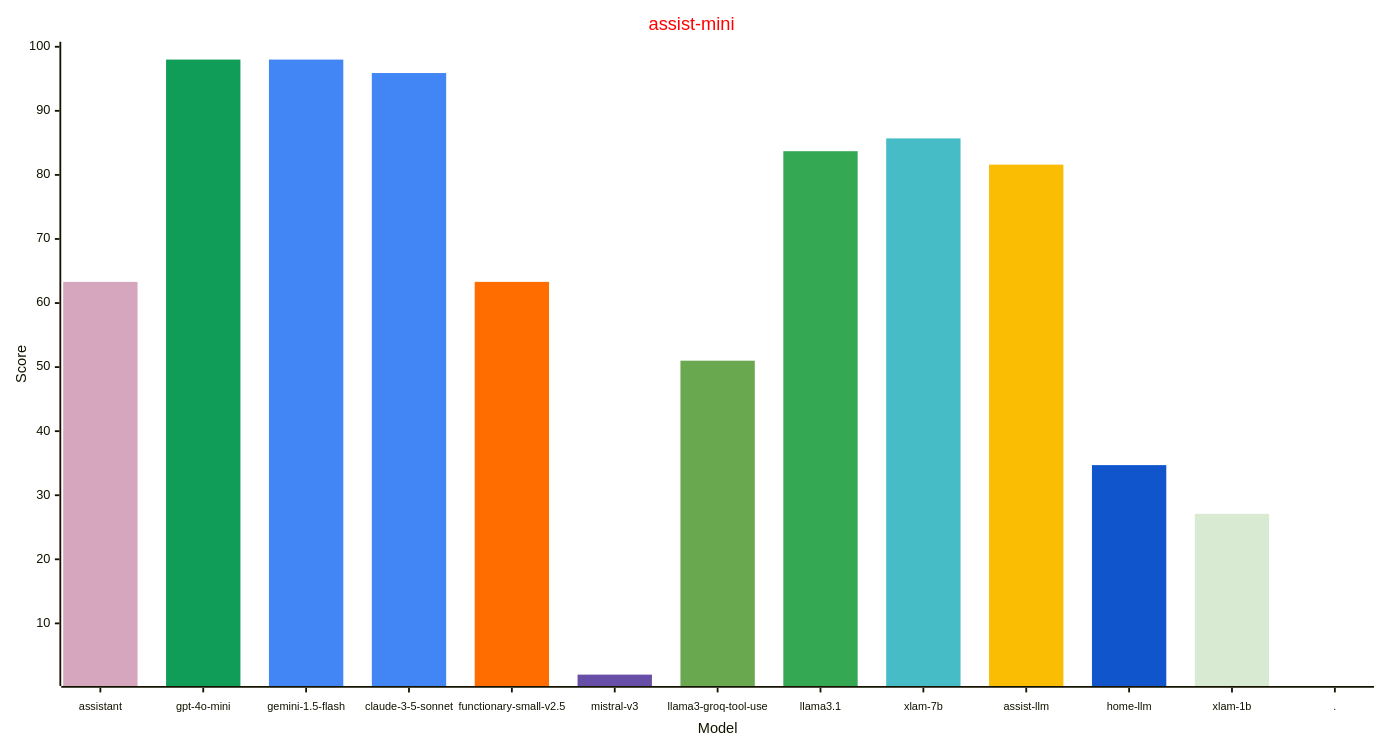
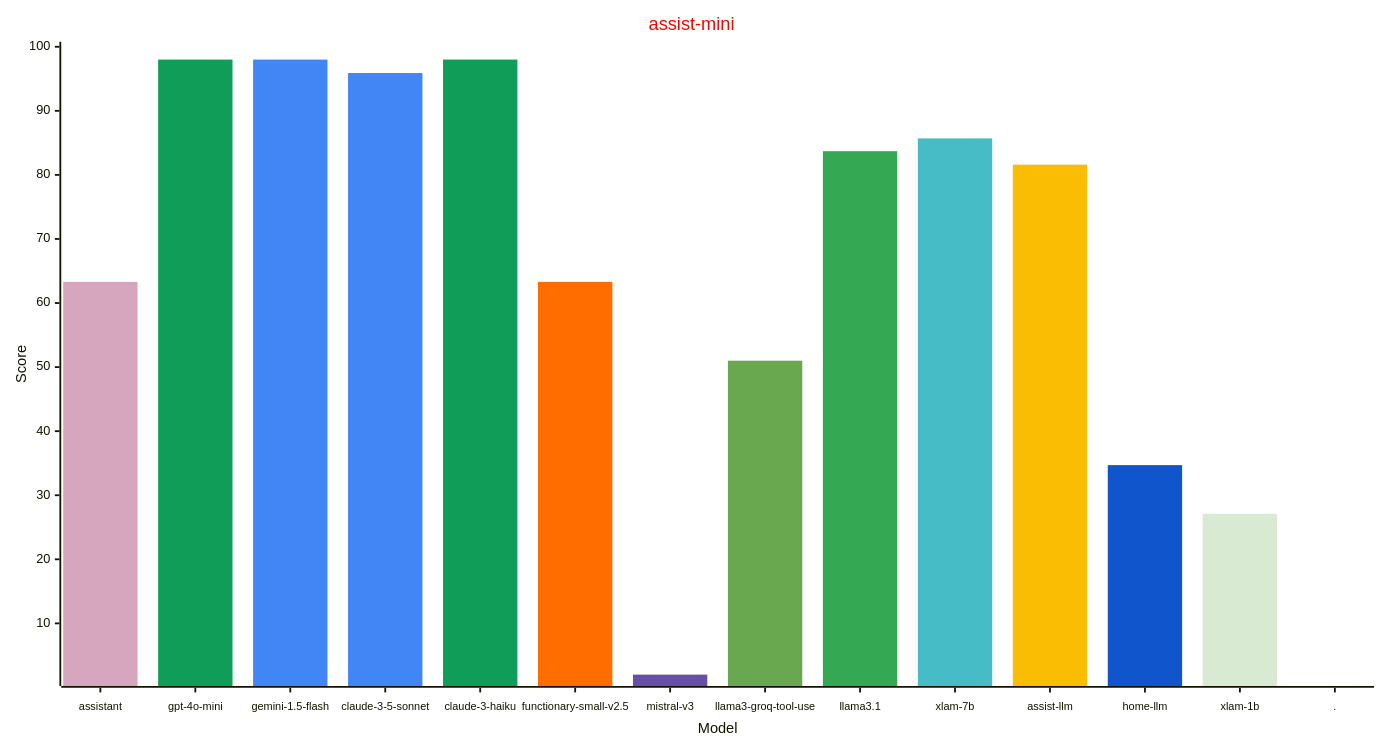
One commit to allenporter/home-assistant-datasets changed the second of 3 diagrams in reports/README.md. Above: the diagram before and after it, drawn with Mermaid. The commit also changed other lines of this file and 51 other files, not shown here.

Commit message:
Evaluate claude-3-haiku on assist mini

````diff
--- a/reports/README.md
+++ b/reports/README.md
@@ -87,33 +88,34 @@
 ```mermaid
 ---
 config:
     xyChart:
         width: 1500
         height: 800
         xAxis:
           labelFontSize: 12
           labelPadding: 8
     themeVariables:
         xyChart:
             titleColor: "#ff0000"
-            plotColorPalette: "#d5a6bd, #0f9d58, #4285f4, #4285f4, #ff6d01, #674ea7, #6aa84f, #34a853, #46bdc6, #fbbc04, #1155cc, #d9ead3, #4285f4"
+            plotColorPalette: "#d5a6bd, #0f9d58, #4285f4, #4285f4, #0f9d58, #ff6d01, #674ea7, #6aa84f, #34a853, #46bdc6, #fbbc04, #1155cc, #d9ead3, #4285f4"
 
 ---
 xychart-beta
   title "assist-mini"
-  x-axis "Model" [assistant, gpt-4o-mini, gemini-1.5-flash, claude-3-5-sonnet, functionary-small-v2.5, mistral-v3, llama3-groq-tool-use, llama3.1, xlam-7b, assist-llm, home-llm, xlam-1b, .]
+  x-axis "Model" [assistant, gpt-4o-mini, gemini-1.5-flash, claude-3-5-sonnet, claude-3-haiku, functionary-small-v2.5, mistral-v3, llama3-groq-tool-use, llama3.1, xlam-7b, assist-llm, home-llm, xlam-1b, .]
   y-axis "Score" 1 --> 100
-  bar [63.3, 0.0, 0.0, 0.0, 0.0, 0.0, 0.0, 0.0, 0.0, 0.0, 0.0, 0.0, 0.0]
-  bar [0.0, 98.0, 0.0, 0.0, 0.0, 0.0, 0.0, 0.0, 0.0, 0.0, 0.0, 0.0, 0.0]
-  bar [0.0, 0.0, 98.0, 0.0, 0.0, 0.0, 0.0, 0.0, 0.0, 0.0, 0.0, 0.0, 0.0]
-  bar [0.0, 0.0, 0.0, 95.9, 0.0, 0.0, 0.0, 0.0, 0.0, 0.0, 0.0, 0.0, 0.0]
-  bar [0.0, 0.0, 0.0, 0.0, 63.3, 0.0, 0.0, 0.0, 0.0, 0.0, 0.0, 0.0, 0.0]
-  bar [0.0, 0.0, 0.0, 0.0, 0.0, 2.0, 0.0, 0.0, 0.0, 0.0, 0.0, 0.0, 0.0]
-  bar [0.0, 0.0, 0.0, 0.0, 0.0, 0.0, 51.0, 0.0, 0.0, 0.0, 0.0, 0.0, 0.0]
-  bar [0.0, 0.0, 0.0, 0.0, 0.0, 0.0, 0.0, 83.7, 0.0, 0.0, 0.0, 0.0, 0.0]
-  bar [0.0, 0.0, 0.0, 0.0, 0.0, 0.0, 0.0, 0.0, 85.7, 0.0, 0.0, 0.0, 0.0]
-  bar [0.0, 0.0, 0.0, 0.0, 0.0, 0.0, 0.0, 0.0, 0.0, 81.6, 0.0, 0.0, 0.0]
-  bar [0.0, 0.0, 0.0, 0.0, 0.0, 0.0, 0.0, 0.0, 0.0, 0.0, 34.7, 0.0, 0.0]
-  bar [0.0, 0.0, 0.0, 0.0, 0.0, 0.0, 0.0, 0.0, 0.0, 0.0, 0.0, 27.1, 0.0]
-  bar [0.0, 0.0, 0.0, 0.0, 0.0, 0.0, 0.0, 0.0, 0.0, 0.0, 0.0, 0.0, -1.0]
+  bar [63.3, 0.0, 0.0, 0.0, 0.0, 0.0, 0.0, 0.0, 0.0, 0.0, 0.0, 0.0, 0.0, 0.0]
+  bar [0.0, 98.0, 0.0, 0.0, 0.0, 0.0, 0.0, 0.0, 0.0, 0.0, 0.0, 0.0, 0.0, 0.0]
+  bar [0.0, 0.0, 98.0, 0.0, 0.0, 0.0, 0.0, 0.0, 0.0, 0.0, 0.0, 0.0, 0.0, 0.0]
+  bar [0.0, 0.0, 0.0, 95.9, 0.0, 0.0, 0.0, 0.0, 0.0, 0.0, 0.0, 0.0, 0.0, 0.0]
+  bar [0.0, 0.0, 0.0, 0.0, 98.0, 0.0, 0.0, 0.0, 0.0, 0.0, 0.0, 0.0, 0.0, 0.0]
+  bar [0.0, 0.0, 0.0, 0.0, 0.0, 63.3, 0.0, 0.0, 0.0, 0.0, 0.0, 0.0, 0.0, 0.0]
+  bar [0.0, 0.0, 0.0, 0.0, 0.0, 0.0, 2.0, 0.0, 0.0, 0.0, 0.0, 0.0, 0.0, 0.0]
+  bar [0.0, 0.0, 0.0, 0.0, 0.0, 0.0, 0.0, 51.0, 0.0, 0.0, 0.0, 0.0, 0.0, 0.0]
+  bar [0.0, 0.0, 0.0, 0.0, 0.0, 0.0, 0.0, 0.0, 83.7, 0.0, 0.0, 0.0, 0.0, 0.0]
+  bar [0.0, 0.0, 0.0, 0.0, 0.0, 0.0, 0.0, 0.0, 0.0, 85.7, 0.0, 0.0, 0.0, 0.0]
+  bar [0.0, 0.0, 0.0, 0.0, 0.0, 0.0, 0.0, 0.0, 0.0, 0.0, 81.6, 0.0, 0.0, 0.0]
+  bar [0.0, 0.0, 0.0, 0.0, 0.0, 0.0, 0.0, 0.0, 0.0, 0.0, 0.0, 34.7, 0.0, 0.0]
+  bar [0.0, 0.0, 0.0, 0.0, 0.0, 0.0, 0.0, 0.0, 0.0, 0.0, 0.0, 0.0, 27.1, 0.0]
+  bar [0.0, 0.0, 0.0, 0.0, 0.0, 0.0, 0.0, 0.0, 0.0, 0.0, 0.0, 0.0, 0.0, -1.0]
 ```
````
